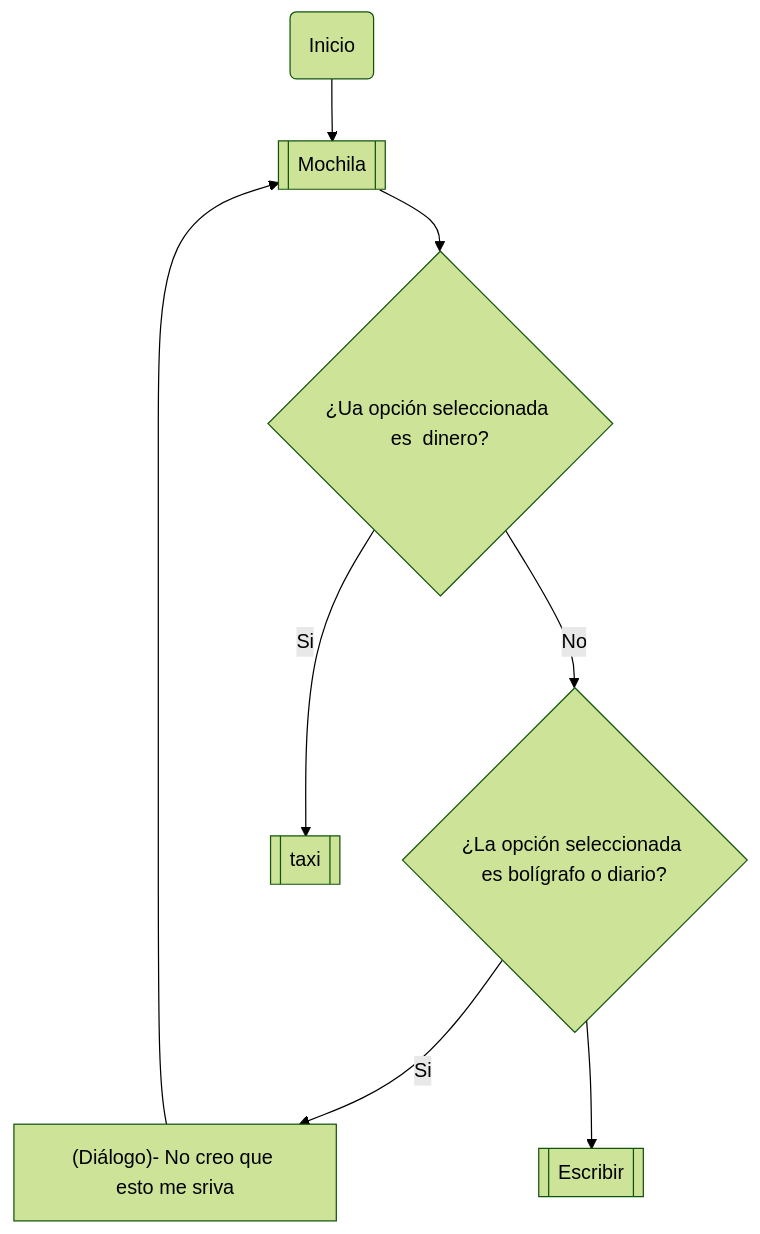
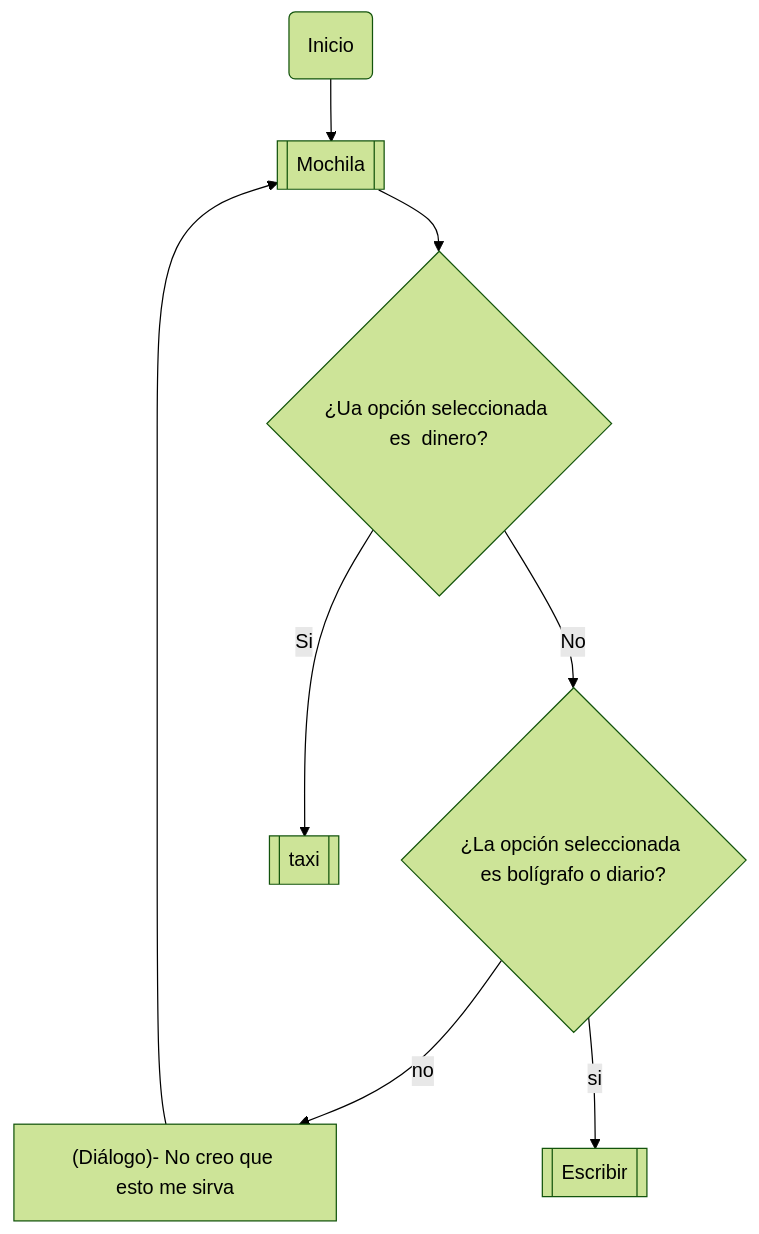
One commit to JuanJoToAl/Juego---Los_vivos_mienten changed the seventh of 10 diagrams in README.md. Above: the diagram before and after it, drawn with Mermaid (forest theme).

````diff
--- a/README.md
+++ b/README.md
@@ -331,12 +331,12 @@
 ```mermaid
 
 flowchart TD
     n2("Inicio") --> n12[["Mochila"]]
     n3{"¿Ua opción seleccionada es&nbsp; dinero?"} -- No --> n4{"¿La opción seleccionada es bolígrafo o diario?"}
     n12 --> n3
     n3 -- Si --> n8[["taxi"]]
-    n4 -- Si --> n13["(Diálogo)- No creo que esto me sriva"]
+    n4 -- no --> n13["(Diálogo)- No creo que esto me sirva"]
     n13 --> n12
-    n4 --> n14[["Escribir"]]
+    n4 -- si --> n14[["Escribir"]]
 
 ```
````
